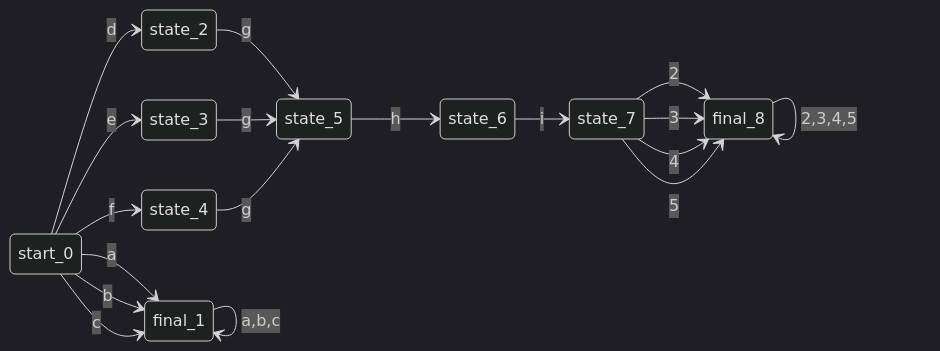
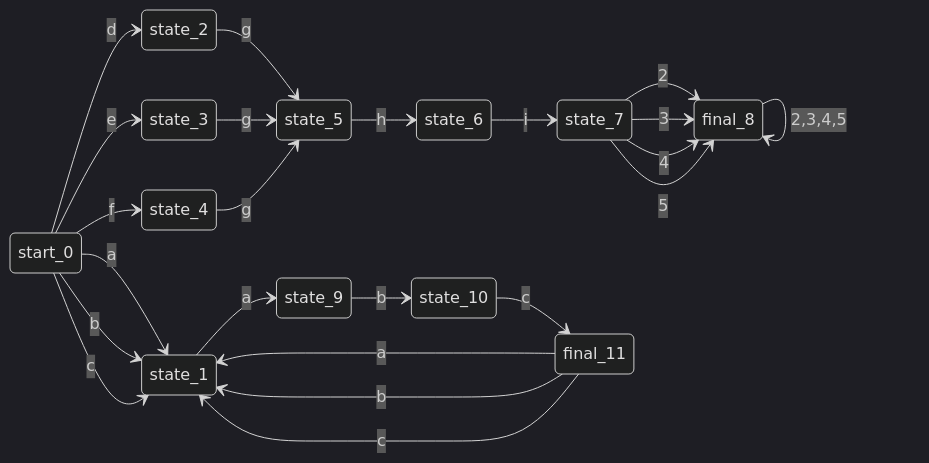
One commit to ZZH-Finalize/Generic-Laxer changed diagram 23 of 24 in regex_visualize.md. Above: the diagram before and after it, drawn with Mermaid (dark theme). The commit also changed other lines of this file and 1 other file, not shown here.

````diff
--- a/regex_visualize.md
+++ b/regex_visualize.md
@@ -315,22 +321,27 @@
 ```mermaid
 stateDiagram-v2
 direction LR
 
-start_0 --> final_1 : a
-start_0 --> final_1 : b
-start_0 --> final_1 : c
+start_0 --> state_1 : a
+start_0 --> state_1 : b
+start_0 --> state_1 : c
 start_0 --> state_2 : d
 start_0 --> state_3 : e
 start_0 --> state_4 : f
+state_1 --> state_9 : a
 state_2 --> state_5 : g
 state_3 --> state_5 : g
 state_4 --> state_5 : g
 state_5 --> state_6 : h
 state_6 --> state_7 : i
 state_7 --> final_8 : 2
 state_7 --> final_8 : 3
 state_7 --> final_8 : 4
 state_7 --> final_8 : 5
-final_1 --> final_1 : a,b,c
+state_9 --> state_10 : b
+state_10 --> final_11 : c
+final_11 --> state_1 : a
+final_11 --> state_1 : b
+final_11 --> state_1 : c
 final_8 --> final_8 : 2,3,4,5
 ```
````
